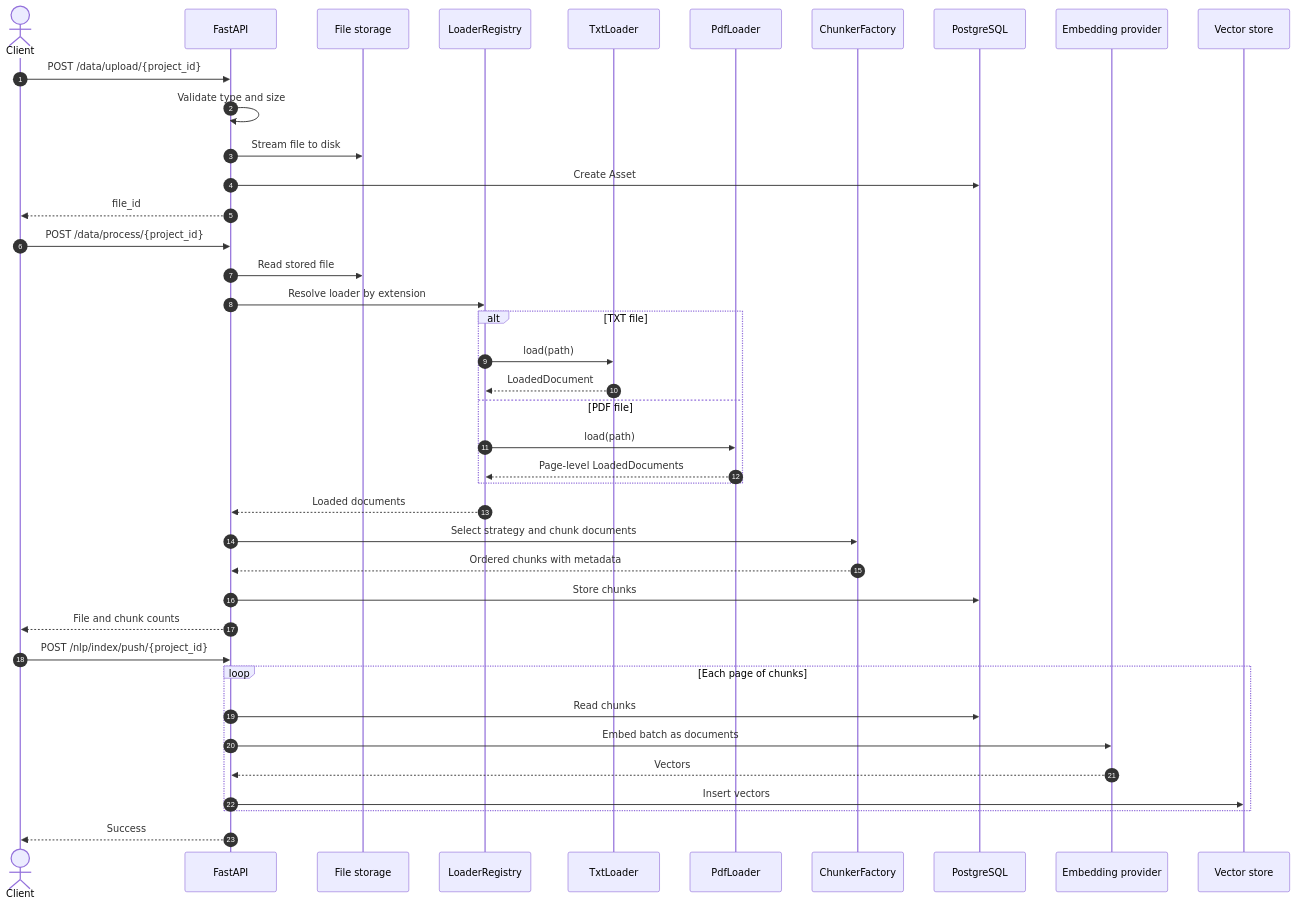
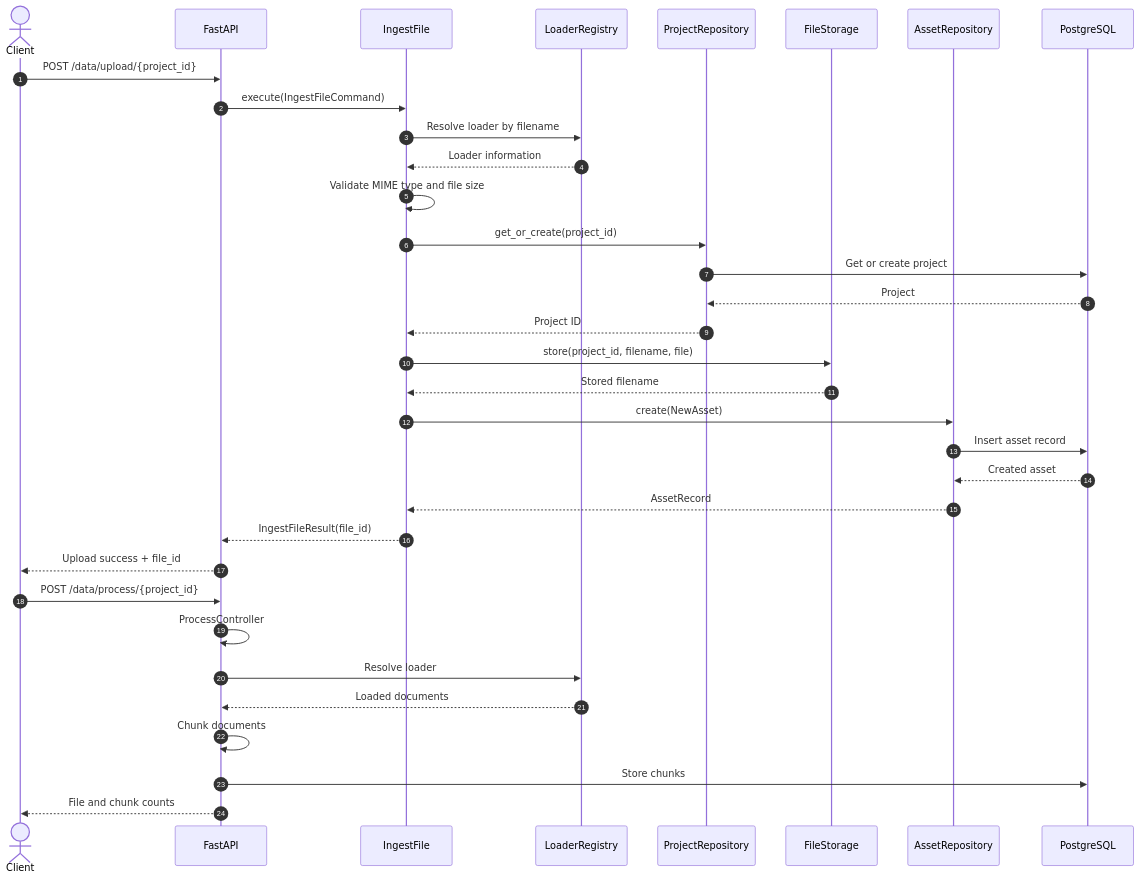
The third of 6 diagrams in README.md (ElsebaiyMohamed/MiniRag_26), drawn with Mermaid before and after one commit. The commit also changed other lines of this file and 2 other files, not shown here.

Commit message:
docs(ingestion): document application-layer ingestion

````diff
--- a/README.md
+++ b/README.md
@@ -148,49 +168,44 @@
 ```mermaid
 sequenceDiagram
     autonumber
     actor C as Client
     participant API as FastAPI
-    participant FS as File storage
+    participant UC as IngestFile
     participant LR as LoaderRegistry
-    participant TL as TxtLoader
-    participant PL as PdfLoader
-    participant CH as ChunkerFactory
+    participant PR as ProjectRepository
+    participant FS as FileStorage
+    participant AR as AssetRepository
     participant DB as PostgreSQL
-    participant EMB as Embedding provider
-    participant VDB as Vector store
 
     C ->> API: POST /data/upload/{project_id}
-    API ->> API: Validate type and size
-    API ->> FS: Stream file to disk
-    API ->> DB: Create Asset
-    API -->> C: file_id
+    API ->> UC: execute(IngestFileCommand)
+
+    UC ->> LR: Resolve loader by filename
+    LR -->> UC: Loader information
+
+    UC ->> UC: Validate MIME type and file size
+
+    UC ->> PR: get_or_create(project_id)
+    PR ->> DB: Get or create project
+    DB -->> PR: Project
+    PR -->> UC: Project ID
+
+    UC ->> FS: store(project_id, filename, file)
+    FS -->> UC: Stored filename
+
+    UC ->> AR: create(NewAsset)
+    AR ->> DB: Insert asset record
+    DB -->> AR: Created asset
+    AR -->> UC: AssetRecord
+
+    UC -->> API: IngestFileResult(file_id)
+    API -->> C: Upload success + file_id
 
     C ->> API: POST /data/process/{project_id}
-    API ->> FS: Read stored file
-    API ->> LR: Resolve loader by extension
-
-    alt TXT file
-        LR ->> TL: load(path)
-        TL -->> LR: LoadedDocument
-    else PDF file
-        LR ->> PL: load(path)
-        PL -->> LR: Page-level LoadedDocuments
-    end
-
+    API ->> API: ProcessController
+    API ->> LR: Resolve loader
     LR -->> API: Loaded documents
-    API ->> CH: Select strategy and chunk documents
-    CH -->> API: Ordered chunks with metadata
+    API ->> API: Chunk documents
     API ->> DB: Store chunks
     API -->> C: File and chunk counts
-
-    C ->> API: POST /nlp/index/push/{project_id}
-
-    loop Each page of chunks
-        API ->> DB: Read chunks
-        API ->> EMB: Embed batch as documents
-        EMB -->> API: Vectors
-        API ->> VDB: Insert vectors
-    end
-
-    API -->> C: Success
 ```
````
